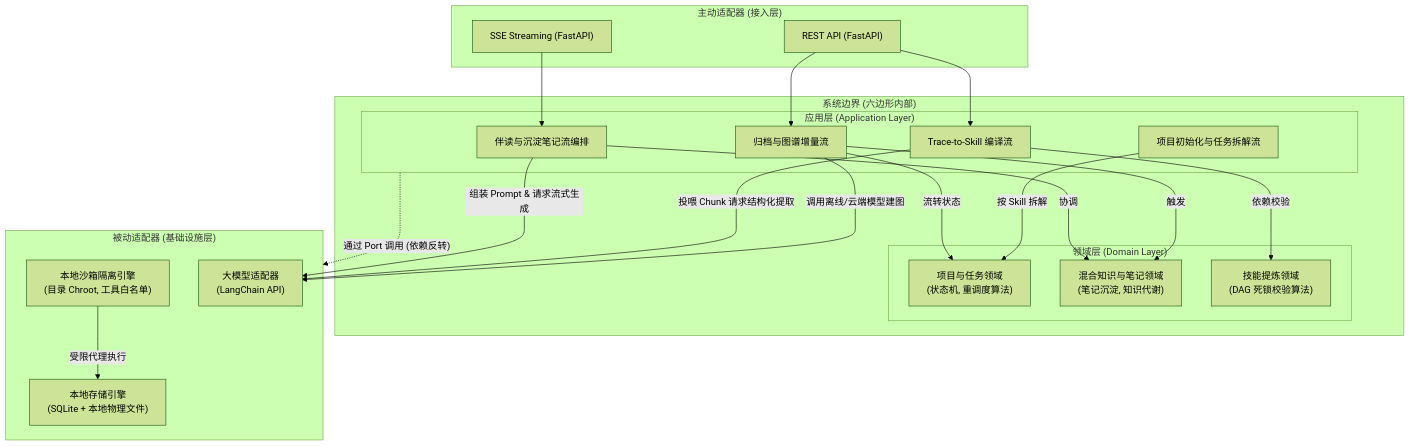
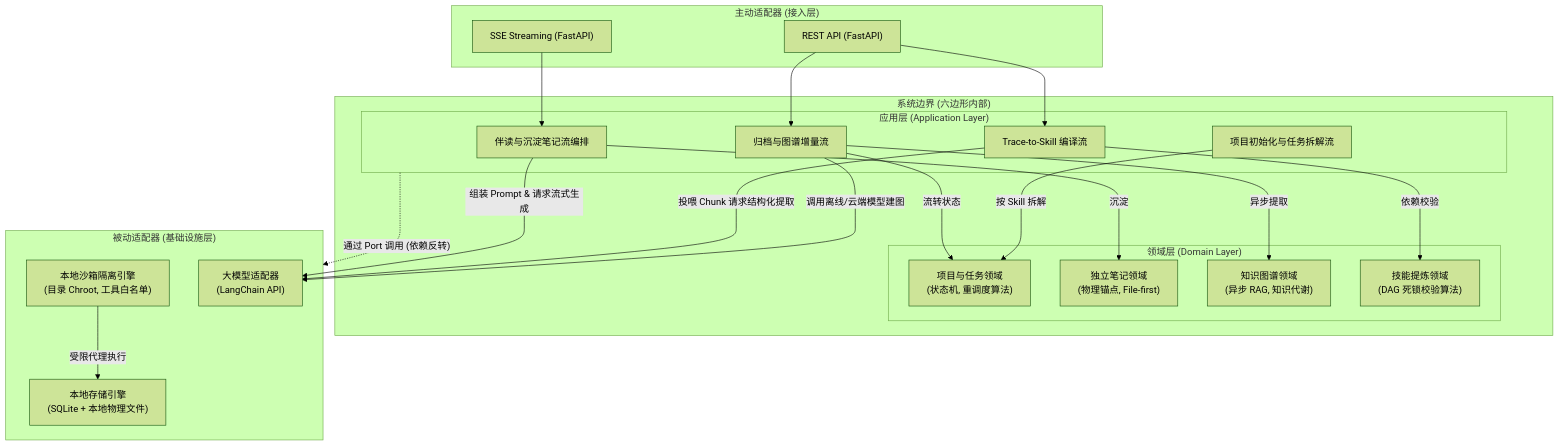
Before and after one commit to shanglihong/i-have-a-plan: the first of 3 diagrams in docs/06_system_architecture/backend_design_spec_v1.0.md, drawn with Mermaid (forest theme).

Commit message:
docs: update backend design specification to reflect latest architecture changes

````diff
--- a/docs/06_system_architecture/backend_design_spec_v1.0.md
+++ b/docs/06_system_architecture/backend_design_spec_v1.0.md
@@ -63,48 +63,49 @@
 ```mermaid
 graph TD
     subgraph DrivingAdapters ["主动适配器 (接入层)"]
         REST["REST API (FastAPI)"]
         SSE["SSE Streaming (FastAPI)"]
     end
 
     subgraph Hexagon ["系统边界 (六边形内部)"]
         subgraph AppLayer ["应用层 (Application Layer)"]
             UC1["伴读与沉淀笔记流编排"]
             UC2["Trace-to-Skill 编译流"]
             UC3["归档与图谱增量流"]
             UC4["项目初始化与任务拆解流"]
         end
 
         subgraph DomainLayer ["领域层 (Domain Layer)"]
             PTO["项目与任务领域<br>(状态机, 重调度算法)"]
-            HKE["混合知识与笔记领域<br>(笔记沉淀, 知识代谢)"]
+            NTD["独立笔记领域<br>(物理锚点, File-first)"]
+            GPH["知识图谱领域<br>(异步 RAG, 知识代谢)"]
             SCS["技能提炼领域<br>(DAG 死锁校验算法)"]
         end
         
-        UC1 -->|协调| HKE
+        UC1 -->|沉淀| NTD
         UC2 -->|依赖校验| SCS
         UC3 -->|流转状态| PTO
-        UC3 -->|触发| HKE
+        UC3 -->|异步提取| GPH
         UC4 -->|按 Skill 拆解| PTO
     end
 
     subgraph DrivenAdapters ["被动适配器 (基础设施层)"]
         Sandbox["本地沙箱隔离引擎<br>(目录 Chroot, 工具白名单)"]
         DB["本地存储引擎<br>(SQLite + 本地物理文件)"]
         LLM["大模型适配器<br>(LangChain API)"]
     end
 
     %% 驱动流
     REST --> UC2
     REST --> UC3
     SSE --> UC1
     
     %% 依赖反转 (运行时通过接口调用)
     AppLayer -.->|"通过 Port 调用 (依赖反转)"| DrivenAdapters
     
     %% 核心执行层交互 (大模型与沙箱调用)
     UC1 -->|组装 Prompt & 请求流式生成| LLM
     UC2 -->|投喂 Chunk 请求结构化提取| LLM
     UC3 -->|调用离线/云端模型建图| LLM
     Sandbox -->|受限代理执行| DB
 ```
````
